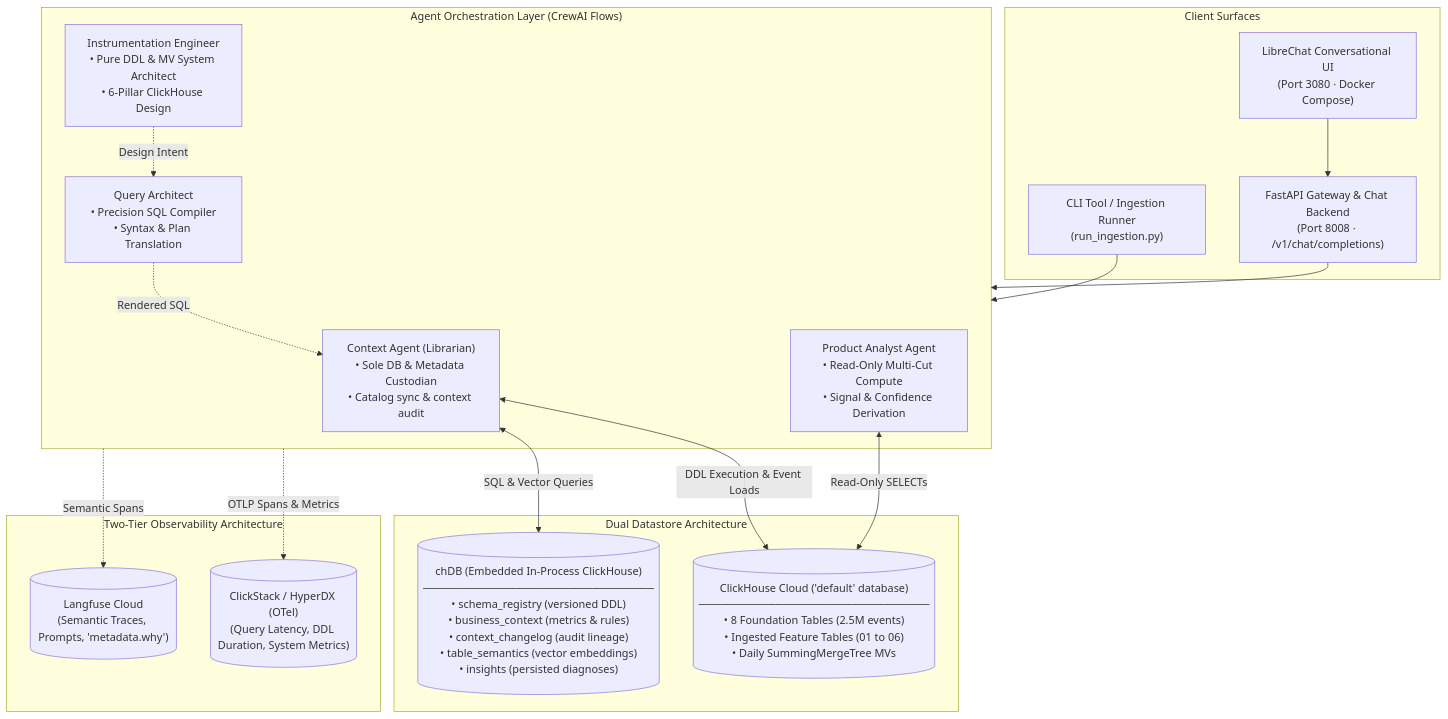
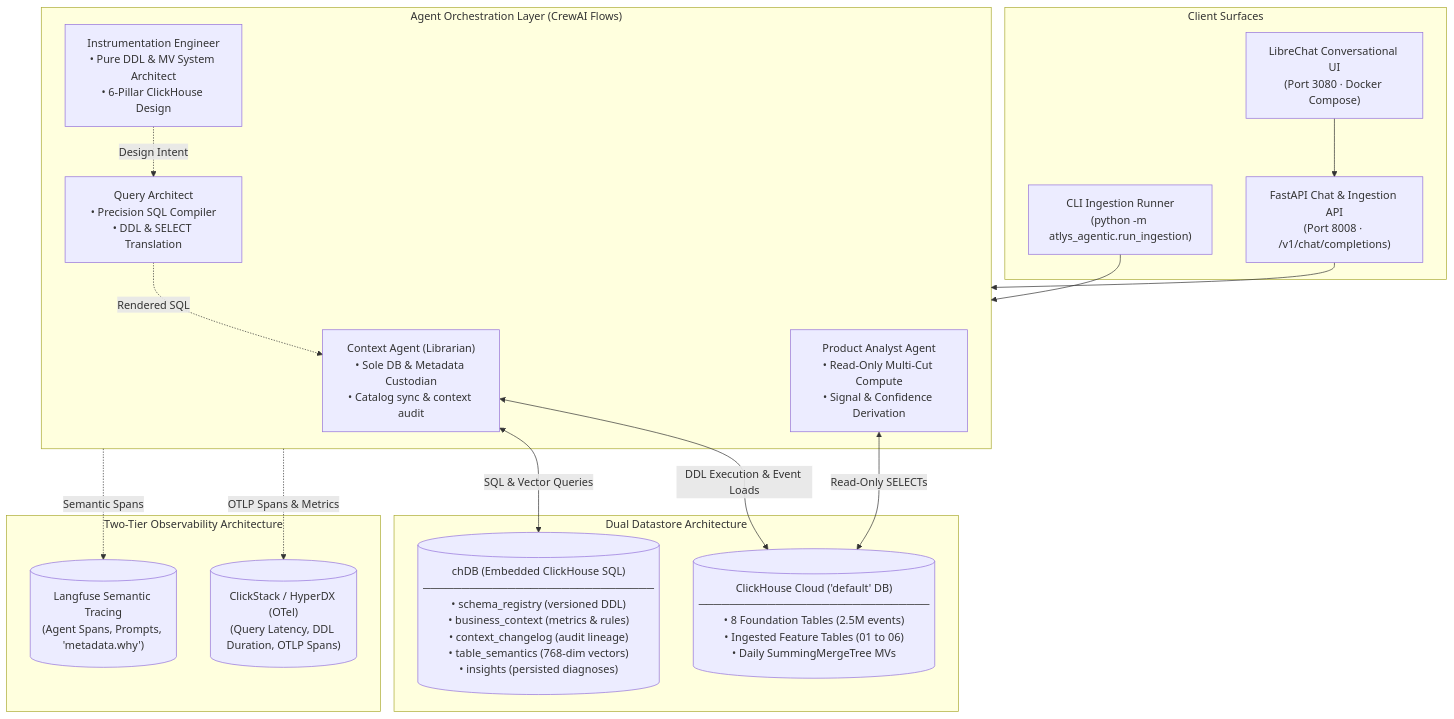
The first of 6 diagrams in ARCHITECTURE.md (deepesh17feb/InsightMesh), drawn with Mermaid before and after one commit. The commit also changed other lines of this file and 1 other file, not shown here.

Commit message:
docs: update submission README and ARCHITECTURE to align with official guidelines

````diff
--- a/ARCHITECTURE.md
+++ b/ARCHITECTURE.md
@@ -16,38 +30,38 @@
 ```mermaid
 flowchart TB
     subgraph ClientSurfaces ["Client Surfaces"]
         LC["LibreChat Conversational UI<br/>(Port 3080 · Docker Compose)"]
-        CLI["CLI Tool / Ingestion Runner<br/>(run_ingestion.py)"]
-        HTTP["FastAPI Gateway & Chat Backend<br/>(Port 8008 · /v1/chat/completions)"]
+        CLI["CLI Ingestion Runner<br/>(python -m atlys_agentic.run_ingestion)"]
+        HTTP["FastAPI Chat & Ingestion API<br/>(Port 8008 · /v1/chat/completions)"]
     end
 
     subgraph AgentOrchestration ["Agent Orchestration Layer (CrewAI Flows)"]
         CL["Context Agent (Librarian)<br/>• Sole DB & Metadata Custodian<br/>• Catalog sync & context audit"]
         IE["Instrumentation Engineer<br/>• Pure DDL & MV System Architect<br/>• 6-Pillar ClickHouse Design"]
-        QA["Query Architect<br/>• Precision SQL Compiler<br/>• Syntax & Plan Translation"]
+        QA["Query Architect<br/>• Precision SQL Compiler<br/>• DDL & SELECT Translation"]
         PA["Product Analyst Agent<br/>• Read-Only Multi-Cut Compute<br/>• Signal & Confidence Derivation"]
     end
 
     subgraph StorageLayer ["Dual Datastore Architecture"]
-        CHDB[("chDB (Embedded In-Process ClickHouse)<br/>──────────────────────────────<br/>• schema_registry (versioned DDL)<br/>• business_context (metrics & rules)<br/>• context_changelog (audit lineage)<br/>• table_semantics (vector embeddings)<br/>• insights (persisted diagnoses)")]
-        CHCLOUD[("ClickHouse Cloud ('default' database)<br/>──────────────────────────────<br/>• 8 Foundation Tables (2.5M events)<br/>• Ingested Feature Tables (01 to 06)<br/>• Daily SummingMergeTree MVs")]
+        CHDB[("chDB (Embedded ClickHouse SQL)<br/>──────────────────────────────<br/>• schema_registry (versioned DDL)<br/>• business_context (metrics & rules)<br/>• context_changelog (audit lineage)<br/>• table_semantics (768-dim vectors)<br/>• insights (persisted diagnoses)")]
+        CHCLOUD[("ClickHouse Cloud ('default' DB)<br/>──────────────────────────────<br/>• 8 Foundation Tables (2.5M events)<br/>• Ingested Feature Tables (01 to 06)<br/>• Daily SummingMergeTree MVs")]
     end
 
     subgraph ObservabilityLayer ["Two-Tier Observability Architecture"]
-        LF[("Langfuse Cloud<br/>(Semantic Traces, Prompts, 'metadata.why')")]
-        CS[("ClickStack / HyperDX (OTel)<br/>(Query Latency, DDL Duration, System Metrics)")]
+        LF[("Langfuse Semantic Tracing<br/>(Agent Spans, Prompts, 'metadata.why')")]
+        CS[("ClickStack / HyperDX (OTel)<br/>(Query Latency, DDL Duration, OTLP Spans)")]
     end
 
     LC --> HTTP
     CLI --> AgentOrchestration
     HTTP --> AgentOrchestration
 
     CL <-->|SQL & Vector Queries| CHDB
     CL <-->|DDL Execution & Event Loads| CHCLOUD
     PA <-->|Read-Only SELECTs| CHCLOUD
     IE -.->|Design Intent| QA
     QA -.->|Rendered SQL| CL
 
     AgentOrchestration -.->|Semantic Spans| LF
     AgentOrchestration -.->|OTLP Spans & Metrics| CS
 ```
````
